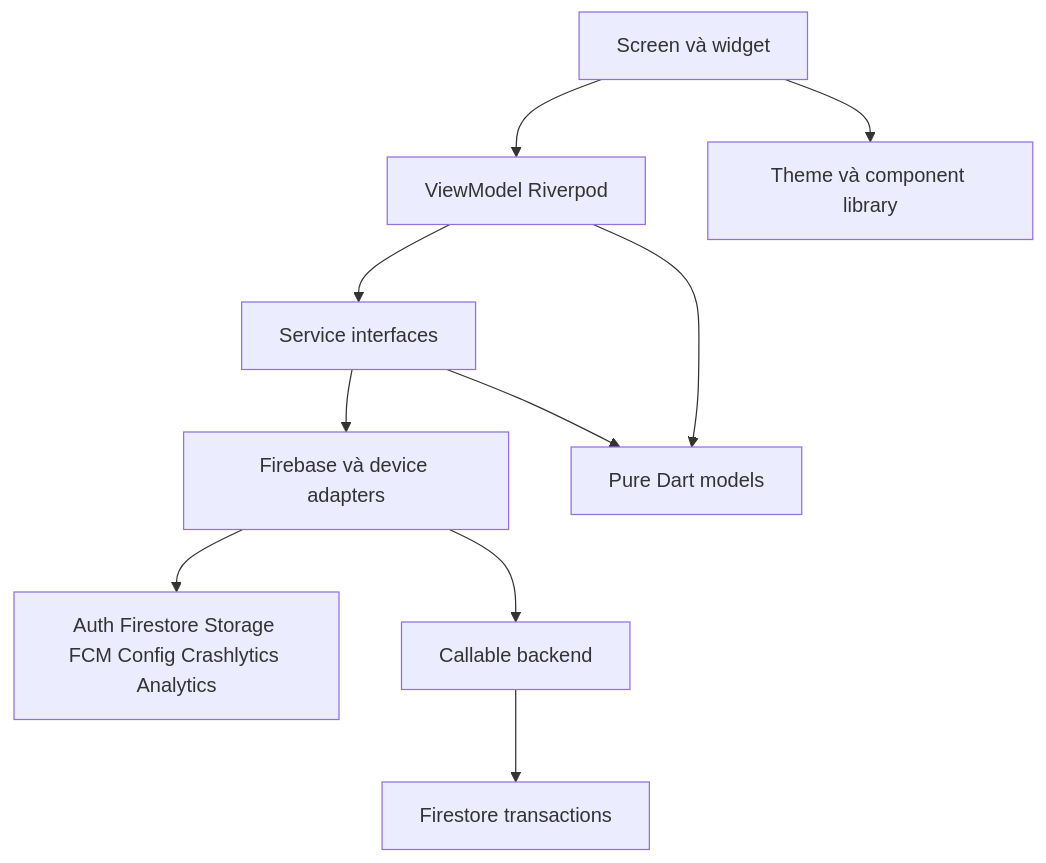
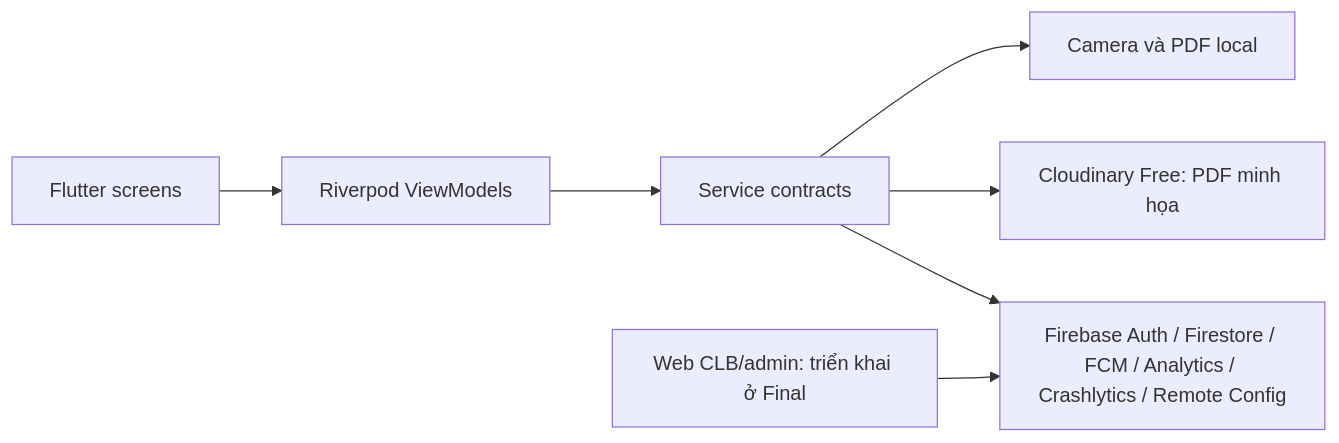
The diagram in docs/architecture.md (Artoriaaas/PRM393_ASM_Group4), drawn with Mermaid before and after one commit. The commit also changed other lines of this file and 12 other files, not shown here.

````diff
--- a/docs/architecture.md
+++ b/docs/architecture.md
@@ -13,12 +7,9 @@
 ```mermaid
-flowchart TD
-    V[Screen và widget] --> VM[ViewModel Riverpod]
-    VM --> I[Service interfaces]
-    I --> A[Firebase và device adapters]
-    A --> C[Auth Firestore Storage FCM Config Crashlytics Analytics]
-    A --> B[Callable backend]
-    B --> T[Firestore transactions]
-    V --> TH[Theme và component library]
-    VM --> M[Pure Dart models]
-    I --> M
+flowchart LR
+  UI[Flutter screens] --> VM[Riverpod ViewModels]
+  VM --> I[Service contracts]
+  I --> F[Firebase Auth / Firestore / FCM / Analytics / Crashlytics / Remote Config]
+  I --> C[Cloudinary Free: PDF minh họa]
+  I --> D[Camera và PDF local]
+  W[Web CLB/admin: triển khai ở Final] --> F
 ```
````
